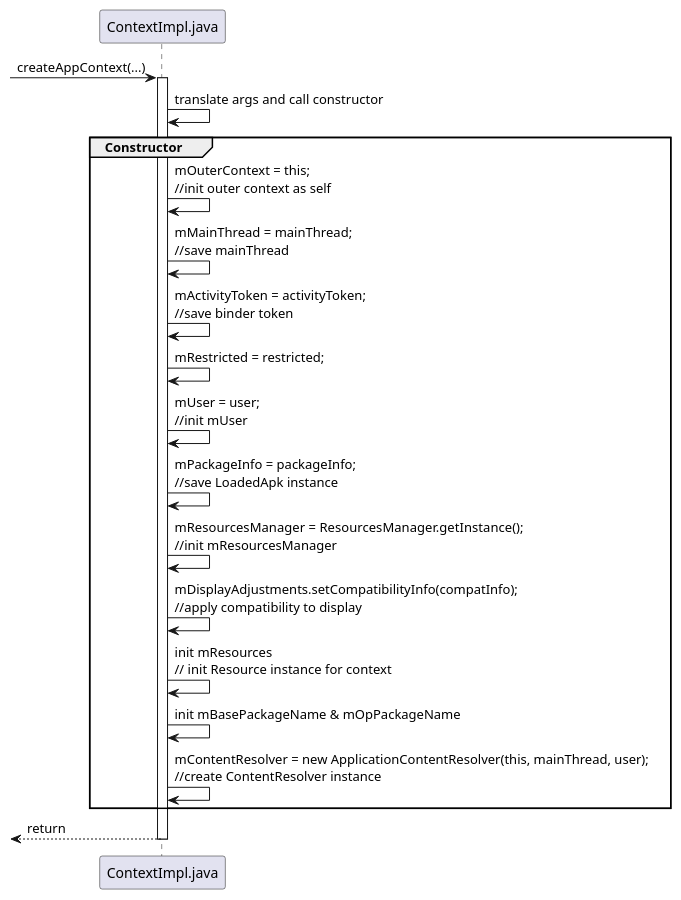
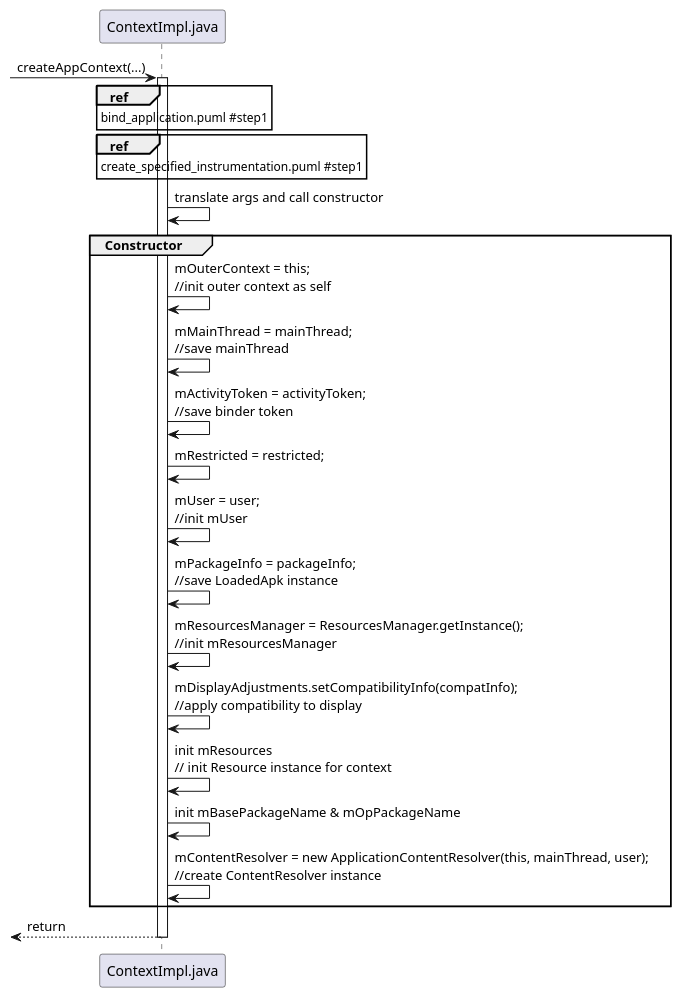
Before and after one commit to heavy-james/AndroidStartSequence: the diagram in uml/7_app_start/create_app_context.puml, drawn with PlantUML. The commit also changed 8 other files, not shown here.

```diff
--- a/uml/7_app_start/create_app_context.puml
+++ b/uml/7_app_start/create_app_context.puml
@@ -1,47 +1,50 @@
 @startuml
 participant ContextImpl as "ContextImpl.java"
 
 
 -> ContextImpl : createAppContext(...)
+ref over ContextImpl : bind_application.puml #step1
+ref over ContextImpl : create_specified_instrumentation.puml #step1
+
 
 activate ContextImpl
 ContextImpl -> ContextImpl : translate args and call constructor
 
 
 group Constructor
 
 ContextImpl -> ContextImpl : mOuterContext = this;\
 \n//init outer context as self
 
 ContextImpl -> ContextImpl : mMainThread = mainThread;\
 \n//save mainThread
 
 ContextImpl -> ContextImpl : mActivityToken = activityToken;\
 \n//save binder token
 
 ContextImpl -> ContextImpl : mRestricted = restricted;
 
 ContextImpl -> ContextImpl : mUser = user;\
 \n//init mUser
 
 ContextImpl -> ContextImpl : mPackageInfo = packageInfo;\
 \n//save LoadedApk instance
 
 ContextImpl -> ContextImpl : mResourcesManager = ResourcesManager.getInstance();\
 \n//init mResourcesManager
 
 ContextImpl -> ContextImpl : mDisplayAdjustments.setCompatibilityInfo(compatInfo);\
 \n//apply compatibility to display
 
 ContextImpl -> ContextImpl : init mResources\
 \n// init Resource instance for context
 
 ContextImpl -> ContextImpl : init mBasePackageName & mOpPackageName
 
 ContextImpl -> ContextImpl : mContentResolver = new ApplicationContentResolver(this, mainThread, user);\
 \n//create ContentResolver instance
 
 end
 <-- ContextImpl : return
 deactivate ContextImpl
 @enduml
```
